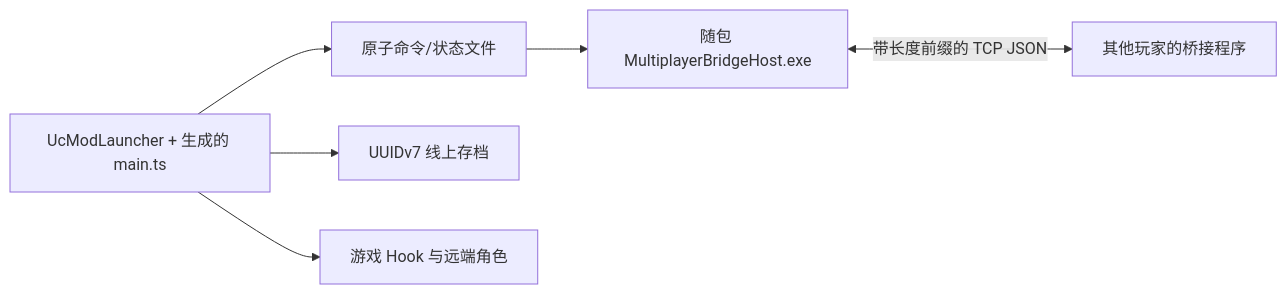
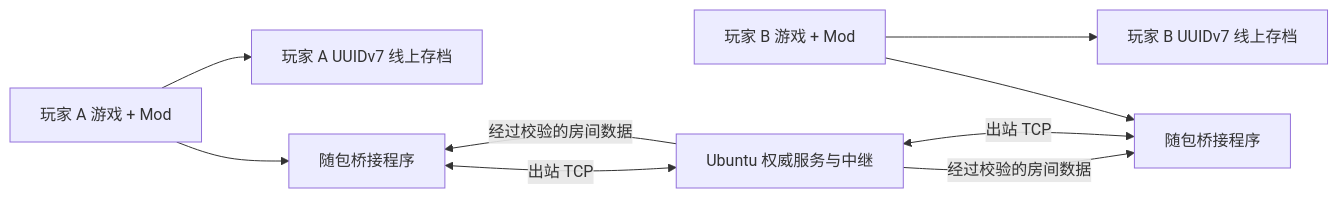
One commit to Sakura-QoQ/Multiplayer-Mod changed the diagram in docs/ARCHITECTURE.zh-CN.md. Above: the diagram before and after it, drawn with Mermaid. The commit also changed other lines of this file and 52 other files, not shown here.

````diff
--- a/docs/ARCHITECTURE.zh-CN.md
+++ b/docs/ARCHITECTURE.zh-CN.md
@@ -8,8 +9,11 @@
 ```mermaid
 flowchart LR
-    UI[UcModLauncher + 生成的 main.ts] --> IPC[原子命令/状态文件]
-    IPC --> Bridge[随包 MultiplayerBridgeHost.exe]
-    Bridge <-->|带长度前缀的 TCP JSON| Peer[其他玩家的桥接程序]
-    UI --> Save[UUIDv7 线上存档]
-    UI --> World[游戏 Hook 与远端角色]
+    PlayerA[玩家 A 游戏 + Mod] --> PlayerABridge[随包桥接程序]
+    PlayerB[玩家 B 游戏 + Mod] --> PlayerBBridge[随包桥接程序]
+    PlayerABridge <-->|出站 TCP| Server[Ubuntu 权威服务与中继]
+    PlayerBBridge <-->|出站 TCP| Server
+    PlayerA --> PlayerASave[玩家 A UUIDv7 线上存档]
+    PlayerB --> PlayerBSave[玩家 B UUIDv7 线上存档]
+    Server -->|经过校验的房间数据| PlayerABridge
+    Server -->|经过校验的房间数据| PlayerBBridge
 ```
````
